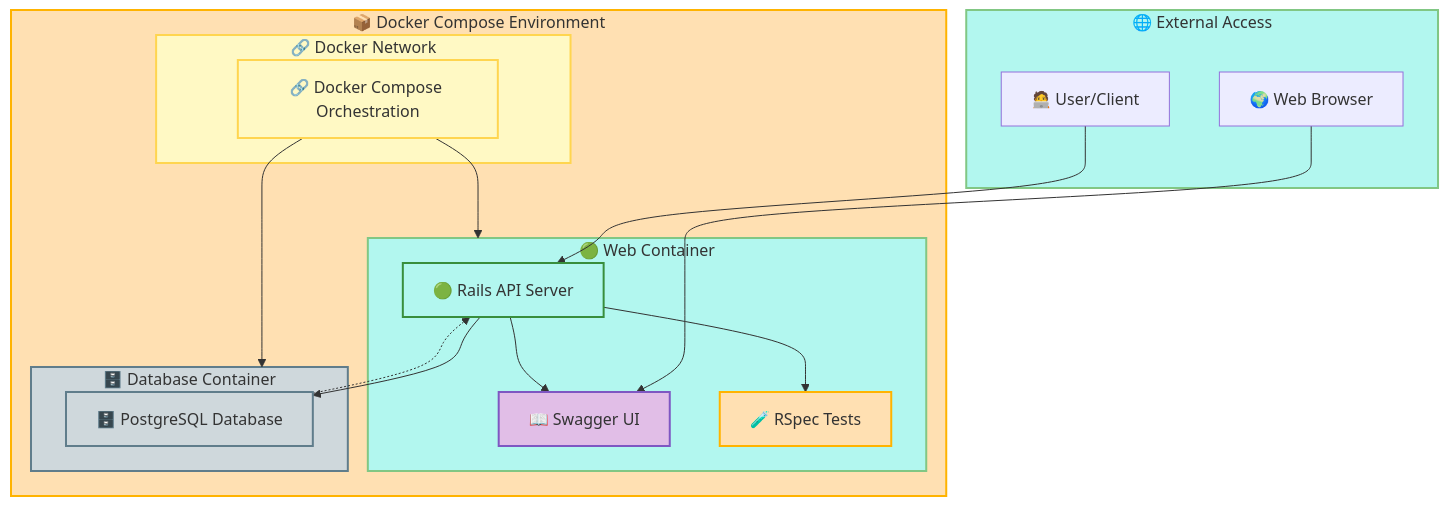
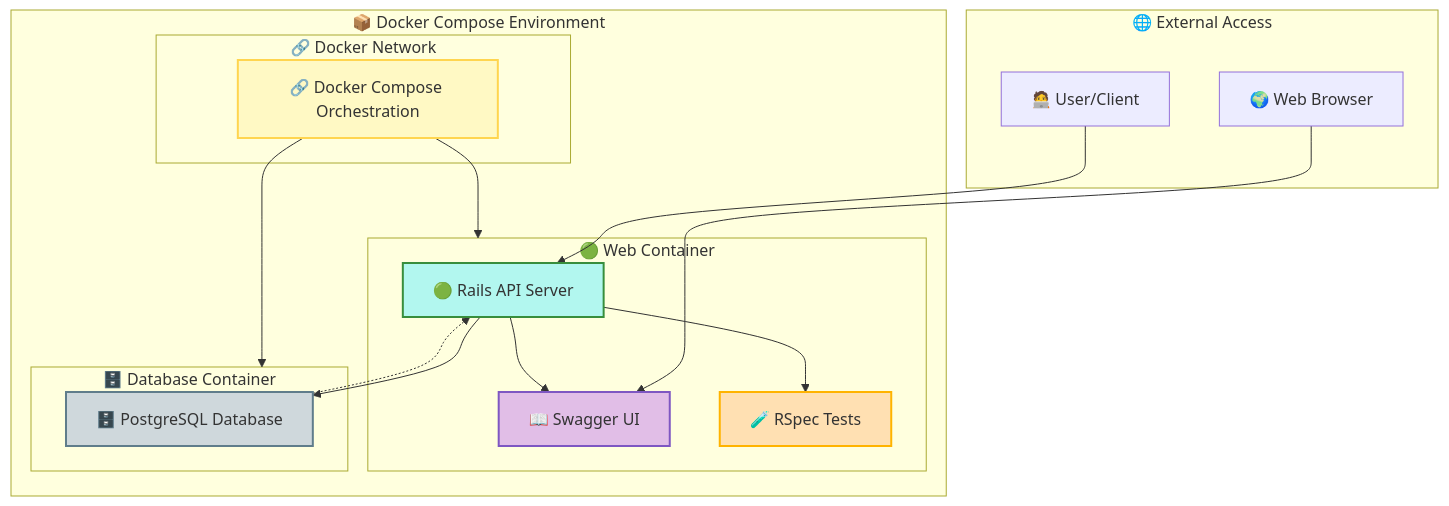
The fifth of 8 diagrams in README.md (enogrob/rails_frames_and_circles_api), drawn with Mermaid before and after one commit.

Commit message:
update-readme

````diff
--- a/README.md
+++ b/README.md
@@ -194,44 +194,39 @@
 ```mermaid
 %% Deployment Diagram with Pastel Colors and Emoticons
 graph TD
     subgraph External[🌐 External Access]
         User[🧑‍💻 User/Client]
         Browser[🌍 Web Browser]
     end
     
     subgraph Docker_Environment[📦 Docker Compose Environment]
         subgraph Web_Container[🟢 Web Container]
             Rails[🟢 Rails API Server]
             Swagger[📖 Swagger UI]
             RSpec[🧪 RSpec Tests]
         end
         
         subgraph Database_Container[🗄️ Database Container]
             PostgreSQL[🗄️ PostgreSQL Database]
         end
         
         subgraph Network[🔗 Docker Network]
             DockerCompose[🔗 Docker Compose Orchestration]
         end
     end
 
     User --> Rails
     Browser --> Swagger
     Rails --> PostgreSQL
     Rails --> Swagger
     Rails --> RSpec
     DockerCompose --> Web_Container
     DockerCompose --> Database_Container
     PostgreSQL -.-> Rails
 
-    style External fill:#b2f7ef,stroke:#81c784,stroke-width:2px
-    style Docker_Environment fill:#ffe0b2,stroke:#ffb300,stroke-width:2px
-    style Web_Container fill:#b2f7ef,stroke:#81c784,stroke-width:2px
-    style Database_Container fill:#cfd8dc,stroke:#607d8b,stroke-width:2px
-    style Network fill:#fff9c4,stroke:#ffd54f,stroke-width:2px
     style Rails fill:#b2f7ef,stroke:#388e3c,stroke-width:2px
     style Swagger fill:#e1bee7,stroke:#7e57c2,stroke-width:2px
     style RSpec fill:#ffe0b2,stroke:#ffb300,stroke-width:2px
     style PostgreSQL fill:#cfd8dc,stroke:#607d8b,stroke-width:2px
     style DockerCompose fill:#fff9c4,stroke:#ffd54f,stroke-width:2px
 ```
````
